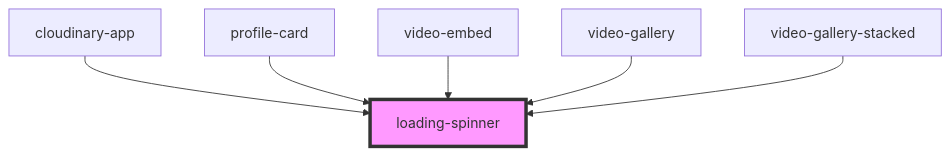
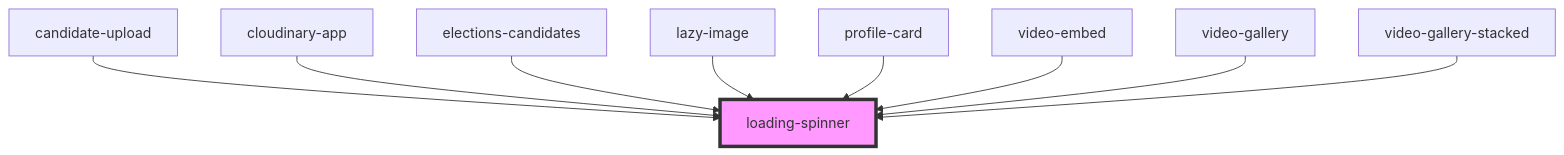
Before and after one commit to dev-kylo/component_library: the diagram in src/components/spinner/readme.md, drawn with Mermaid. The commit also changed other lines of this file and 12 other files, not shown here.

````diff
--- a/src/components/spinner/readme.md
+++ b/src/components/spinner/readme.md
@@ -26,9 +29,12 @@
 ```mermaid
 graph TD;
+  candidate-upload --> loading-spinner
   cloudinary-app --> loading-spinner
+  elections-candidates --> loading-spinner
+  lazy-image --> loading-spinner
   profile-card --> loading-spinner
   video-embed --> loading-spinner
   video-gallery --> loading-spinner
   video-gallery-stacked --> loading-spinner
   style loading-spinner fill:#f9f,stroke:#333,stroke-width:4px
 ```
````
